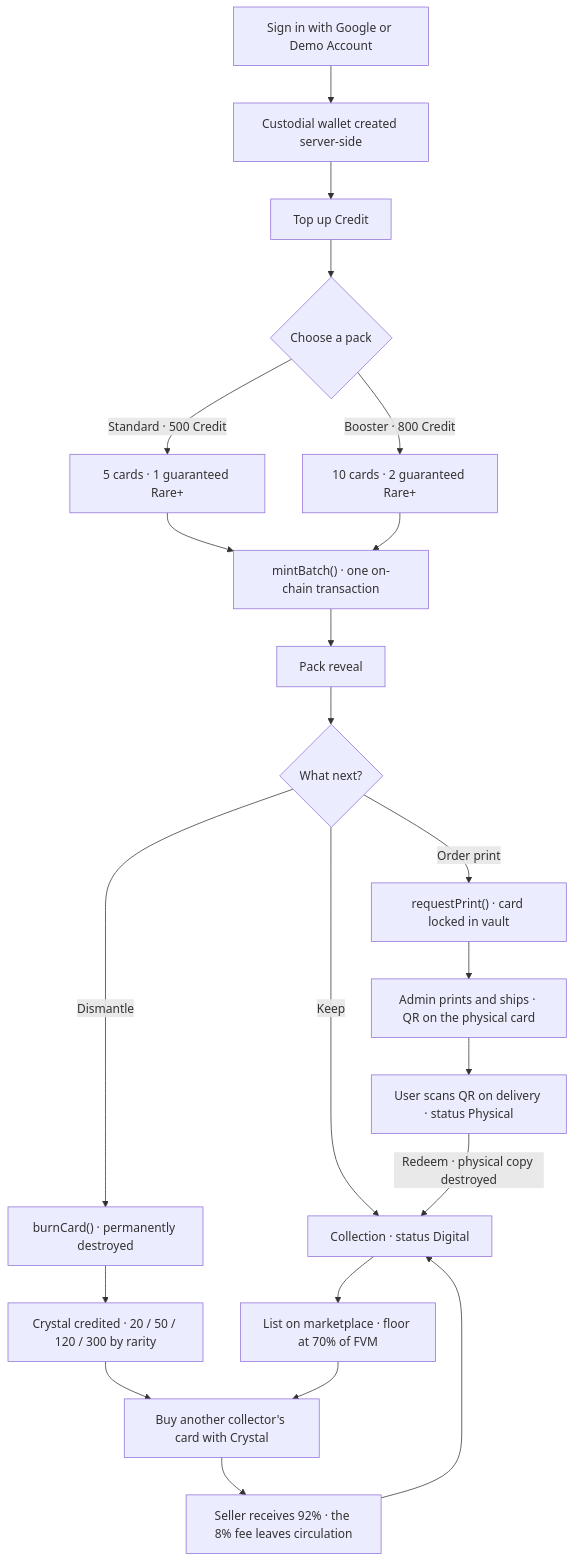
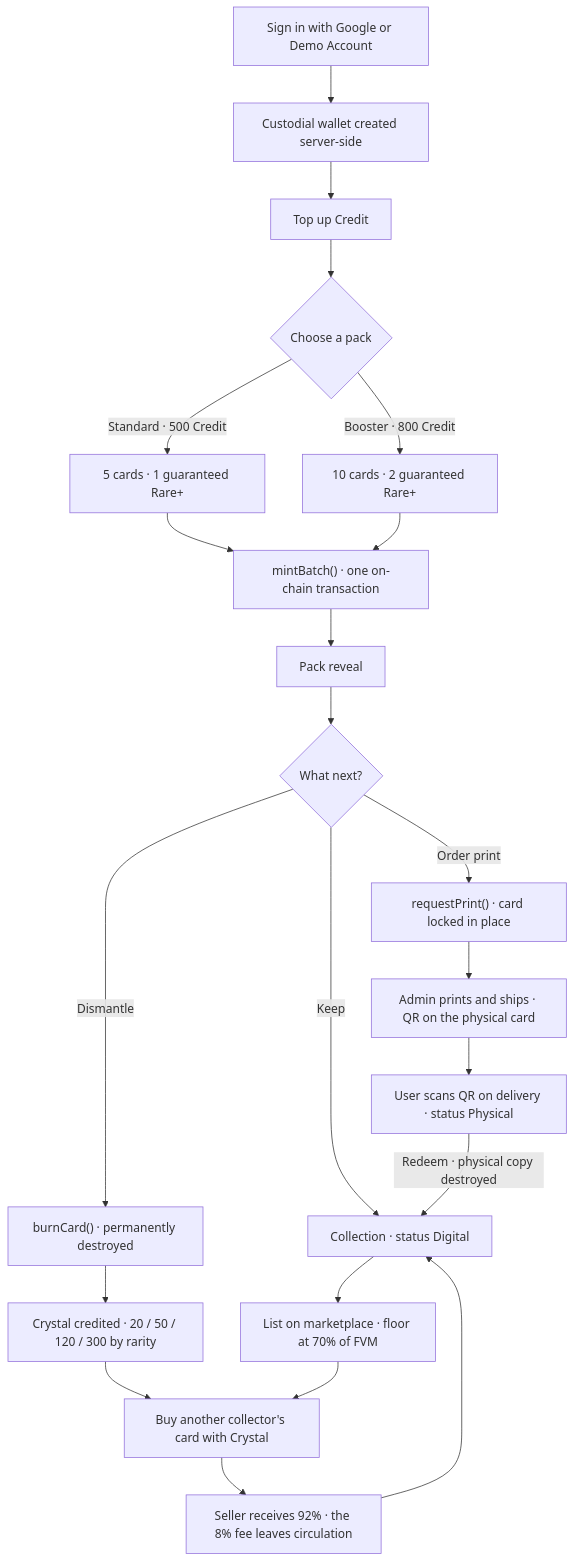
One commit to Gihasy/Gachard changed the first of 4 diagrams in README.md. Above: the diagram before and after it, drawn with Mermaid. The commit also changed other lines of this file and 7 other files, not shown here.

````diff
--- a/README.md
+++ b/README.md
@@ -37,27 +37,27 @@
 ```mermaid
 flowchart TD
     A["Sign in with Google or Demo Account"] --> B["Custodial wallet created server-side"]
     B --> C["Top up Credit"]
     C --> D{"Choose a pack"}
     D -->|"Standard · 500 Credit"| E["5 cards · 1 guaranteed Rare+"]
     D -->|"Booster · 800 Credit"| F["10 cards · 2 guaranteed Rare+"]
     E --> G["mintBatch() · one on-chain transaction"]
     F --> G
     G --> H["Pack reveal"]
     H --> I{"What next?"}
 
     I -->|"Keep"| J["Collection · status Digital"]
     I -->|"Dismantle"| K["burnCard() · permanently destroyed"]
-    I -->|"Order print"| L["requestPrint() · card locked in vault"]
+    I -->|"Order print"| L["requestPrint() · card locked in place"]
 
     K --> M["Crystal credited · 20 / 50 / 120 / 300 by rarity"]
     L --> N["Admin prints and ships · QR on the physical card"]
     N --> O["User scans QR on delivery · status Physical"]
     O -->|"Redeem · physical copy destroyed"| J
 
     J --> P["List on marketplace · floor at 70% of FVM"]
     M --> Q["Buy another collector's card with Crystal"]
     P --> Q
     Q --> R["Seller receives 92% · the 8% fee leaves circulation"]
     R --> J
 ```
````
